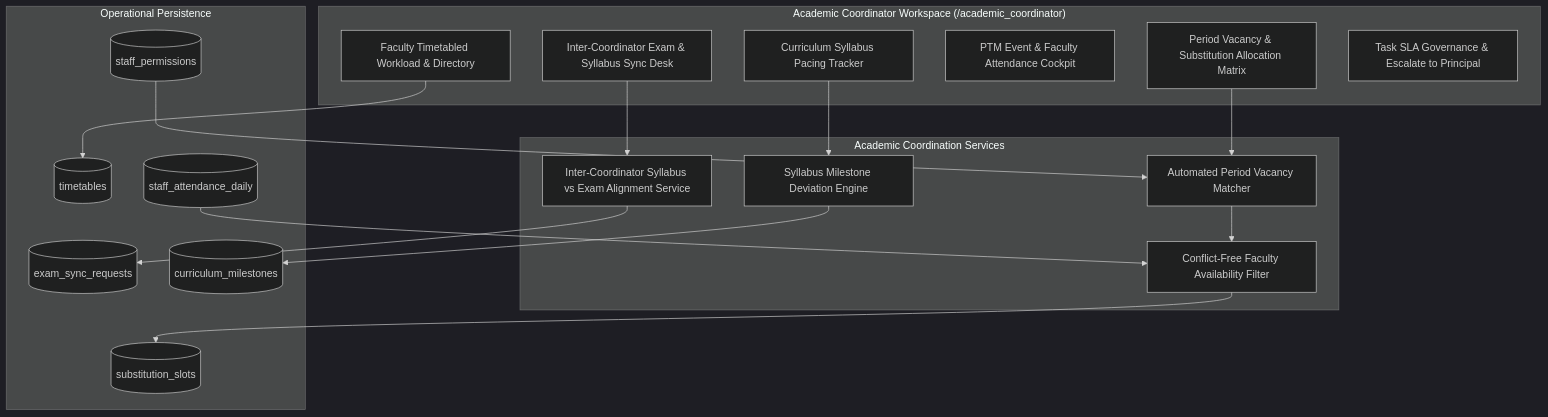
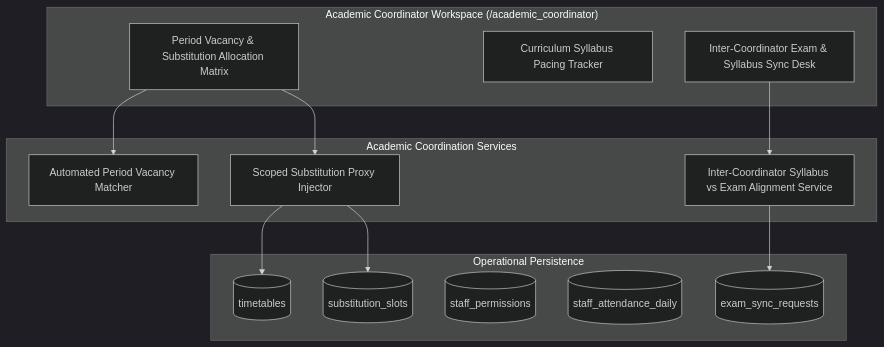
Before and after one commit to DiradzProducts/EDU360: diagram 18 of 20 in docs/architecture/ROLE_WISE_ARCHITECTURE_AND_WORKFLOWS.md, drawn with Mermaid (dark theme). The commit also changed other lines of this file and 54 other files, not shown here.

Commit message:
feat(core): synchronize cross-role workflows, dynamic surveillance, and v10.0 architecture

````diff
--- a/docs/architecture/ROLE_WISE_ARCHITECTURE_AND_WORKFLOWS.md
+++ b/docs/architecture/ROLE_WISE_ARCHITECTURE_AND_WORKFLOWS.md
@@ -738,34 +764,26 @@
 ```mermaid
 graph TD
     subgraph AcadWorkspace ["Academic Coordinator Workspace (/academic_coordinator)"]
         UI_SUB_MATRIX["Period Vacancy & Substitution Allocation Matrix"]
         UI_PACING_RADAR["Curriculum Syllabus Pacing Tracker"]
-        UI_FACULTY_ROSTER["Faculty Timetabled Workload & Directory"]
-        UI_PTM_RADAR["PTM Event & Faculty Attendance Cockpit"]
         UI_EXAM_SYNC["Inter-Coordinator Exam & Syllabus Sync Desk"]
-        UI_SLA_ESCALATE["Task SLA Governance & Escalate to Principal"]
     end
 
     subgraph AcadEngines ["Academic Coordination Services"]
         VACANCY_DETECT["Automated Period Vacancy Matcher"]
-        PROXY_FILTER["Conflict-Free Faculty Availability Filter"]
-        PACING_CALC["Syllabus Milestone Deviation Engine"]
+        SCOPED_INJECTOR["Scoped Substitution Proxy Injector"]
         EXAM_SYNC_ENG["Inter-Coordinator Syllabus vs Exam Alignment Service"]
     end
 
     subgraph AcadData ["Operational Persistence"]
         DB_TIMETABLE[("timetables")]
         DB_SUBS[("substitution_slots")]
         DB_STAFF_LEAVES[("staff_permissions")]
         DB_STAFF_ATT[("staff_attendance_daily")]
         DB_EXAM_SYNC[("exam_sync_requests")]
-        DB_SYLLABUS[("curriculum_milestones")]
     end
 
-    UI_SUB_MATRIX --> VACANCY_DETECT --> PROXY_FILTER --> DB_SUBS
-    DB_STAFF_LEAVES --> VACANCY_DETECT
-    DB_STAFF_ATT --> PROXY_FILTER
-    UI_PACING_RADAR --> PACING_CALC --> DB_SYLLABUS
+    UI_SUB_MATRIX --> VACANCY_DETECT & SCOPED_INJECTOR
+    SCOPED_INJECTOR --> DB_SUBS & DB_TIMETABLE
     UI_EXAM_SYNC --> EXAM_SYNC_ENG --> DB_EXAM_SYNC
-    UI_FACULTY_ROSTER --> DB_TIMETABLE
 ```
````
